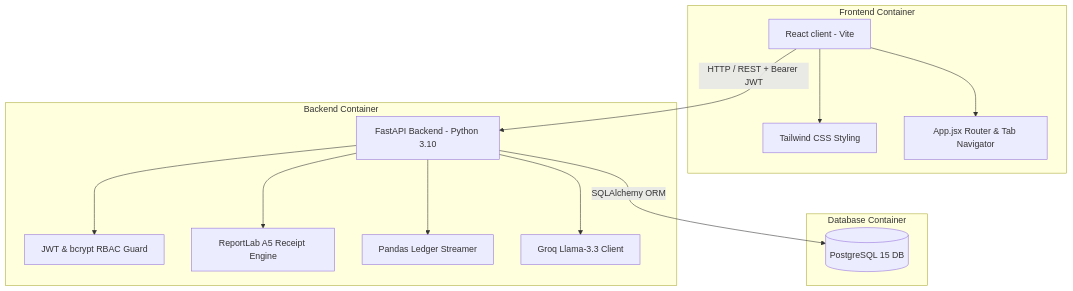
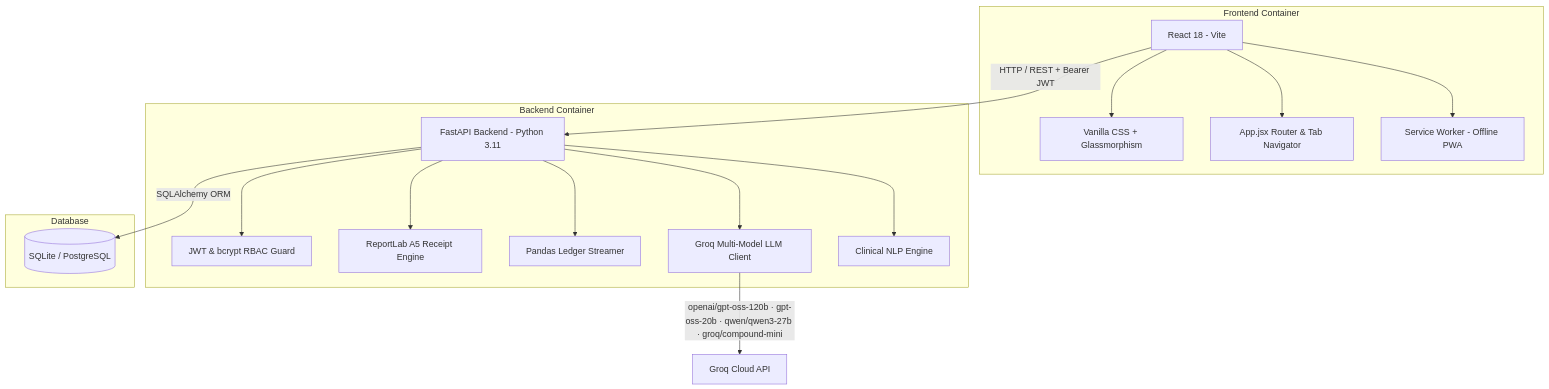
The fifth of 7 diagrams in README.md (RiyanshiVerma-11/HospiSynAI), drawn with Mermaid before and after one commit. The commit also changed other lines of this file, not shown here.

Commit message:
docs: rewrite README with persistent OPD tokens, 4 role dashboards, multi-model AI cascade, local dev quickstart, and updated RBAC/comparison tables

````diff
--- a/README.md
+++ b/README.md
@@ -207,21 +232,24 @@
 ```mermaid
 graph TD
     subgraph Frontend Container
-        React[React client - Vite] --> Tailwind[Tailwind CSS Styling]
+        React[React 18 - Vite] --> CSS[Vanilla CSS + Glassmorphism]
         React --> Router[App.jsx Router & Tab Navigator]
+        React --> PWA[Service Worker - Offline PWA]
     end
 
     subgraph Backend Container
-        API[FastAPI Backend - Python 3.10] --> Auth[JWT & bcrypt RBAC Guard]
+        API[FastAPI Backend - Python 3.11] --> Auth[JWT & bcrypt RBAC Guard]
         API --> PDF[ReportLab A5 Receipt Engine]
         API --> Excel[Pandas Ledger Streamer]
-        API --> AI[Groq Llama-3.3 Client]
+        API --> AI[Groq Multi-Model LLM Client]
+        API --> NLP[Clinical NLP Engine]
     end
 
-    subgraph Database Container
-        DB[(PostgreSQL 15 DB)]
+    subgraph Database
+        DB[(SQLite / PostgreSQL)]
     end
 
     React -->|HTTP / REST + Bearer JWT| API
     API -->|SQLAlchemy ORM| DB
+    AI -->|openai/gpt-oss-120b · gpt-oss-20b · qwen/qwen3-27b · groq/compound-mini| Groq[Groq Cloud API]
 ```
````
